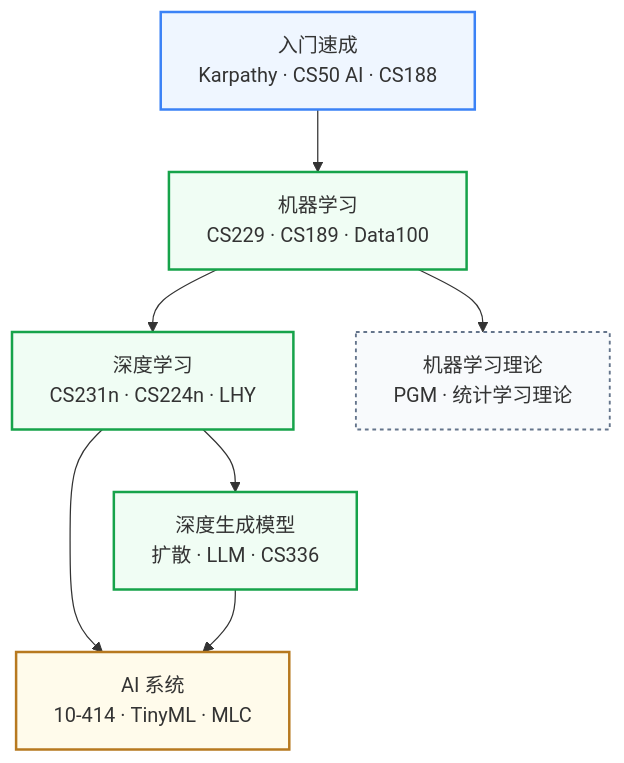
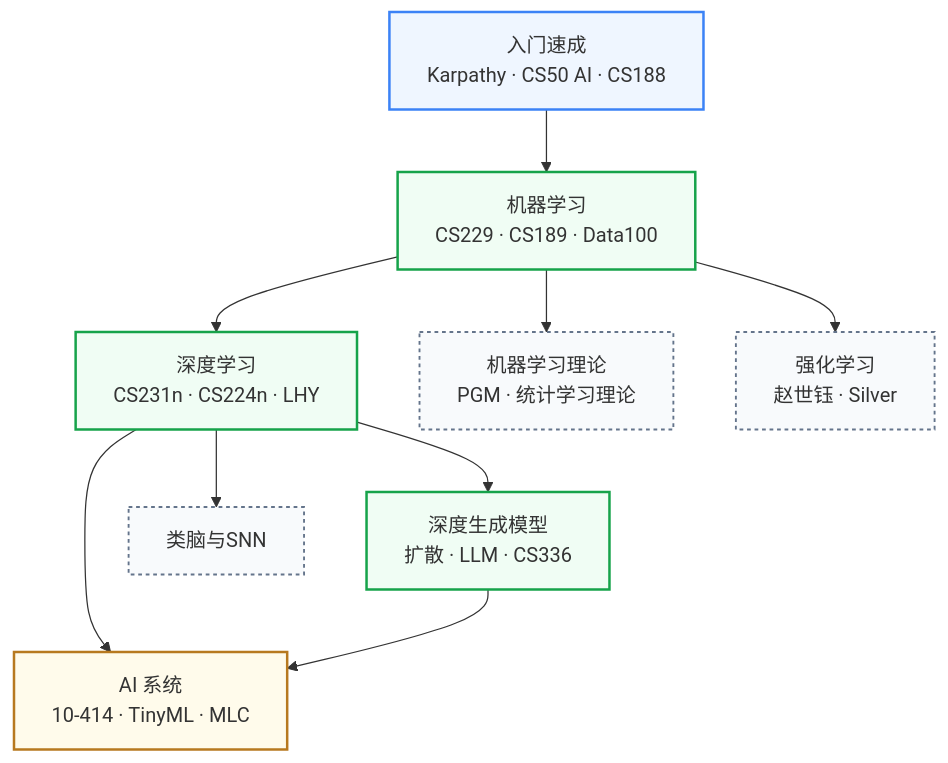
One commit to Crys-Chen/ic-guide changed the diagram in docs/学习地图/人工智能/index.md. Above: the diagram before and after it, drawn with Mermaid. The commit also changed other lines of this file and 3 other files, not shown here.

````diff
--- a/docs/学习地图/人工智能/index.md
+++ b/docs/学习地图/人工智能/index.md
@@ -7,18 +9,20 @@
 ```mermaid
 graph TB
     A["入门速成<br/>Karpathy · CS50 AI · CS188"] --> B["机器学习<br/>CS229 · CS189 · Data100"]
     B --> C["深度学习<br/>CS231n · CS224n · LHY"]
     C --> D["深度生成模型<br/>扩散 · LLM · CS336"]
     B --> E["机器学习理论<br/>PGM · 统计学习理论"]
+    B --> G["强化学习<br/>赵世钰 · Silver"]
+    C --> H["类脑与SNN"]
     C --> F["AI 系统<br/>10-414 · TinyML · MLC"]
     D --> F
 
     classDef intro fill:#EFF6FF,stroke:#3B82F6,stroke-width:2px
     classDef algo fill:#F0FDF4,stroke:#16A34A,stroke-width:2px
     classDef sys fill:#FFFBEB,stroke:#B7791F,stroke-width:2px
     classDef theory fill:#F8FAFC,stroke:#64748B,stroke-width:1.5px,stroke-dasharray:3 3
     class A intro
     class B,C,D algo
     class F sys
-    class E theory
+    class E,G,H theory
 ```
````
